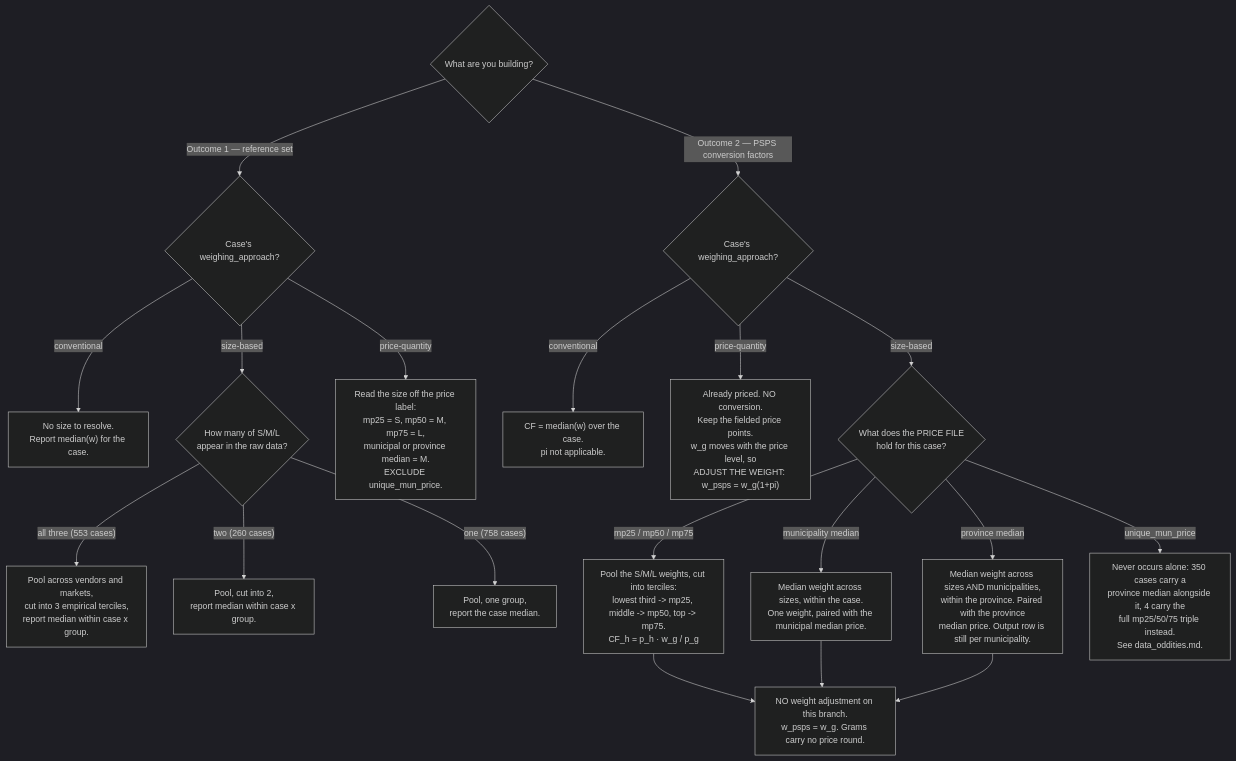
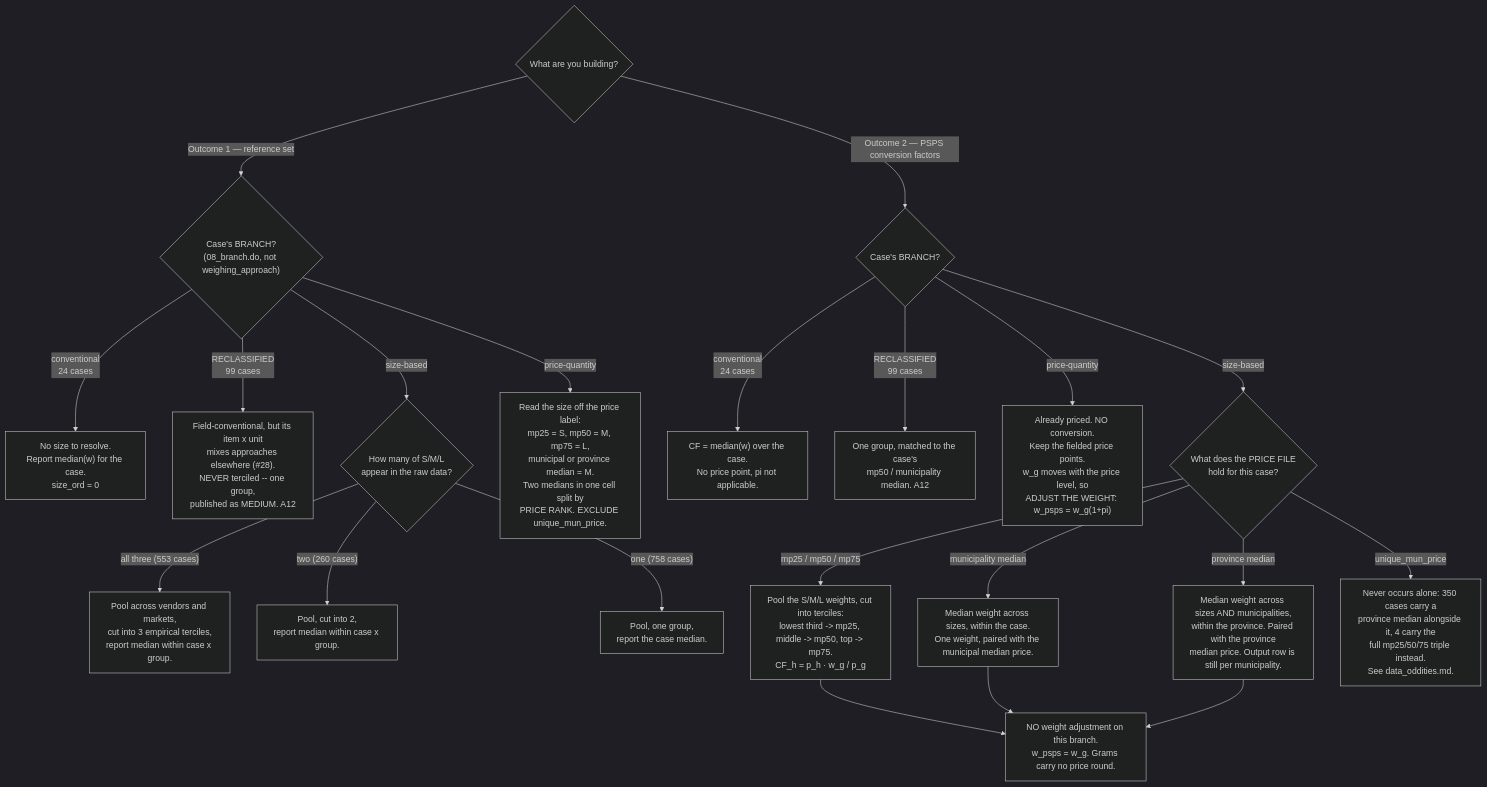
The first of 2 diagrams in docs/conversion_factor_methodology.md (Shineyang03/nsu-market-survey-cleaning), drawn with Mermaid (dark theme) before and after one commit. The commit also changed other lines of this file and 9 other files, not shown here.

````diff
--- a/docs/conversion_factor_methodology.md
+++ b/docs/conversion_factor_methodology.md
@@ -86,27 +86,29 @@
 ```mermaid
 flowchart TD
     G{"What are you building?"}
 
-    G -->|"Outcome 1 — reference set"| WA1{"Case's weighing_approach?"}
-    WA1 -->|"conventional"| OC["No size to resolve.<br/>Report median(w) for the case."]
+    G -->|"Outcome 1 — reference set"| WA1{"Case's BRANCH?<br/>(08_branch.do, not weighing_approach)"}
+    WA1 -->|"conventional<br/>24 cases"| OC["No size to resolve.<br/>Report median(w) for the case.<br/>size_ord = 0"]
+    WA1 -->|"RECLASSIFIED<br/>99 cases"| ORC["Field-conventional, but its item x unit<br/>mixes approaches elsewhere (#28).<br/>NEVER terciled -- one group,<br/>published as MEDIUM. A12"]
     WA1 -->|"size-based"| OS1{"How many of S/M/L<br/>appear in the raw data?"}
-    WA1 -->|"price-quantity"| OP1["Read the size off the price label:<br/>mp25 = S, mp50 = M, mp75 = L,<br/>municipal or province median = M.<br/>EXCLUDE unique_mun_price."]
+    WA1 -->|"price-quantity"| OP1["Read the size off the price label:<br/>mp25 = S, mp50 = M, mp75 = L,<br/>municipal or province median = M.<br/>Two medians in one cell split by<br/>PRICE RANK. EXCLUDE unique_mun_price."]
 
     OS1 -->|"all three (553 cases)"| OS3["Pool across vendors and markets,<br/>cut into 3 empirical terciles,<br/>report median within case x group."]
     OS1 -->|"two (260 cases)"| OS2["Pool, cut into 2,<br/>report median within case x group."]
     OS1 -->|"one (758 cases)"| OS0["Pool, one group,<br/>report the case median."]
 
-    G -->|"Outcome 2 — PSPS conversion factors"| WA2{"Case's weighing_approach?"}
-    WA2 -->|"conventional"| C1["CF = median(w) over the case.<br/>pi not applicable."]
+    G -->|"Outcome 2 — PSPS conversion factors"| WA2{"Case's BRANCH?"}
+    WA2 -->|"conventional<br/>24 cases"| C1["CF = median(w) over the case.<br/>No price point, pi not applicable."]
+    WA2 -->|"RECLASSIFIED<br/>99 cases"| C1R["One group, matched to the case's<br/>mp50 / municipality median. A12"]
     WA2 -->|"price-quantity"| P1["Already priced. NO conversion.<br/>Keep the fielded price points.<br/>w_g moves with the price level, so<br/>ADJUST THE WEIGHT: w_psps = w_g(1+pi)"]
     WA2 -->|"size-based"| S1{"What does the PRICE FILE<br/>hold for this case?"}
 
     S1 -->|"mp25 / mp50 / mp75"| S3["Pool the S/M/L weights, cut into terciles:<br/>lowest third -> mp25, middle -> mp50, top -> mp75.<br/>CF_h = p_h · w_g / p_g"]
     S1 -->|"municipality median"| S2m["Median weight across sizes, within the case.<br/>One weight, paired with the municipal median price."]
     S1 -->|"province median"| S2p["Median weight across sizes AND municipalities,<br/>within the province. Paired with the province<br/>median price. Output row is still per municipality."]
     S1 -->|"unique_mun_price"| SU["Never occurs alone: 350 cases carry a<br/>province median alongside it, 4 carry the<br/>full mp25/50/75 triple instead.<br/>See data_oddities.md."]
 
     S3 --> PI["NO weight adjustment on this branch.<br/>w_psps = w_g. Grams carry no price round."]
     S2m --> PI
     S2p --> PI
 ```
````
